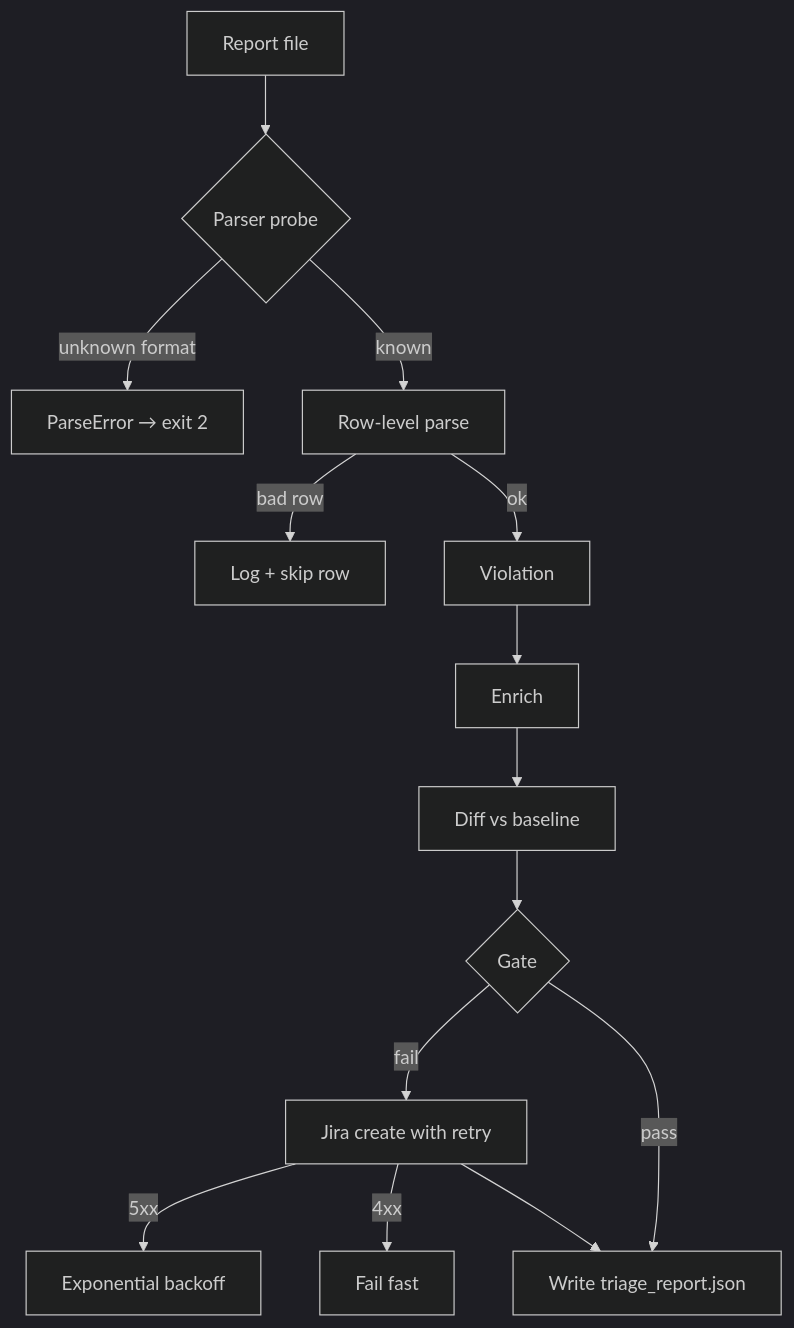
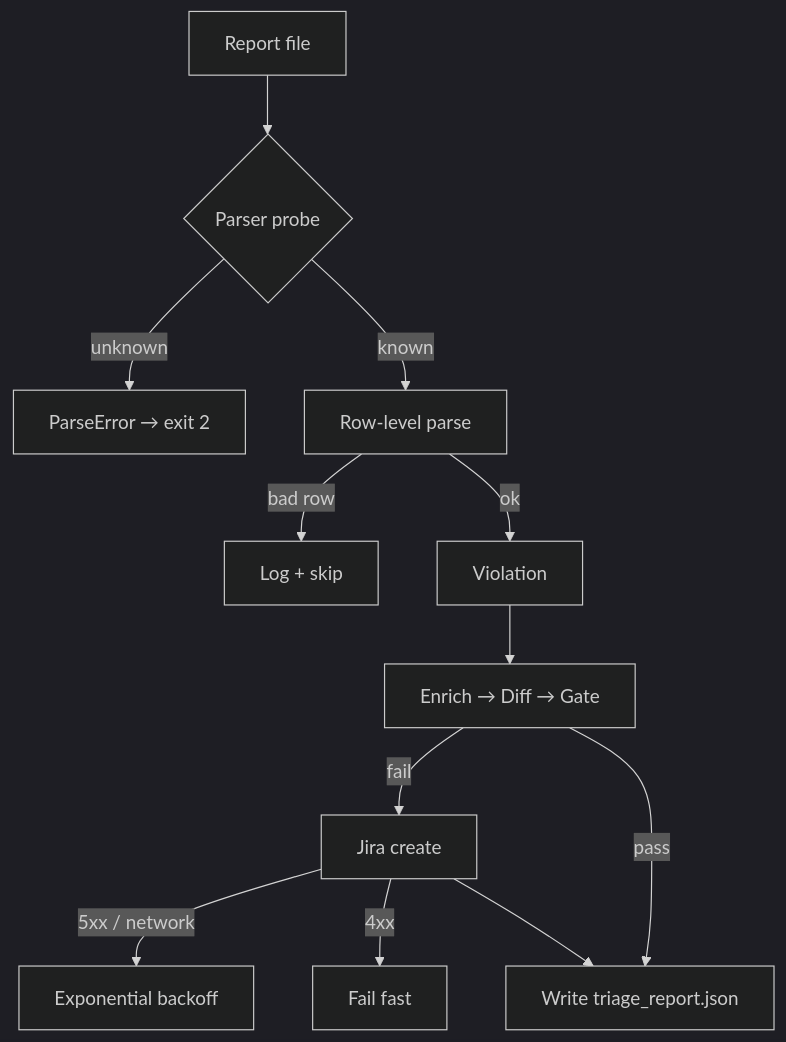
Diagram 11 of 12 in docs/ARCHITECTURE.md (ritika-kulkarni/Automated-Static-Analysis-MISRA-Triage-Dashboard), drawn with Mermaid (dark theme) before and after one commit. The commit also changed other lines of this file and 17 other files, not shown here.

First line of the commit message:
Expand architecture docs, diagrams, and package READMEs.

````diff
--- a/docs/ARCHITECTURE.md
+++ b/docs/ARCHITECTURE.md
@@ -177,16 +386,14 @@
 ```mermaid
 flowchart TD
   A[Report file] --> B{Parser probe}
-  B -->|unknown format| E[ParseError → exit 2]
+  B -->|unknown| E[ParseError → exit 2]
   B -->|known| C[Row-level parse]
-  C -->|bad row| D[Log + skip row]
+  C -->|bad row| D[Log + skip]
   C -->|ok| F[Violation]
-  F --> G[Enrich]
-  G --> H[Diff vs baseline]
-  H --> I{Gate}
-  I -->|fail| J[Jira create with retry]
-  J -->|5xx| K[Exponential backoff]
+  F --> G[Enrich → Diff → Gate]
+  G -->|fail| J[Jira create]
+  J -->|5xx / network| K[Exponential backoff]
   J -->|4xx| L[Fail fast]
-  I -->|pass| M[Write triage_report.json]
+  G -->|pass| M[Write triage_report.json]
   J --> M
 ```
````
